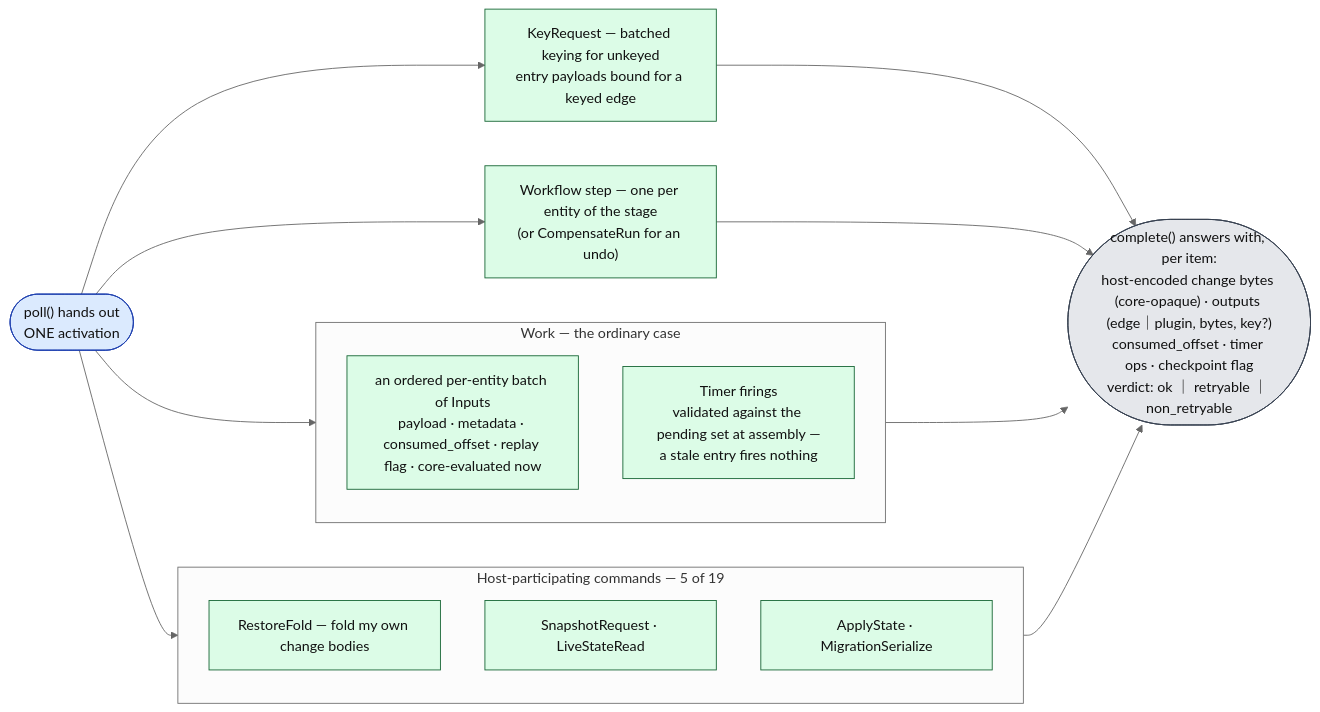
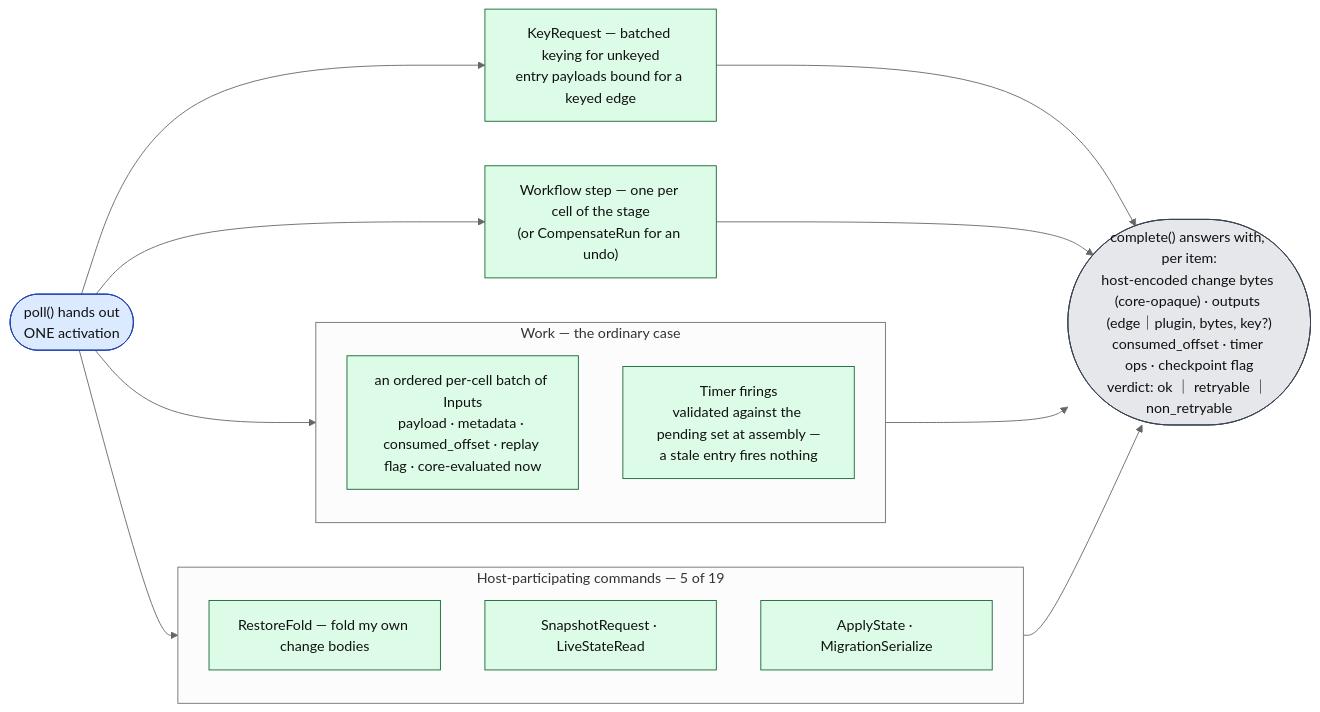
One commit to Flezha/flezha changed the third of 8 diagrams in docs/architecture/runner.md. Above: the diagram before and after it, drawn with Mermaid (neutral theme). The commit also changed other lines of this file and 604 other files, not shown here.

First line of the commit message:
Rename Procedure to Tasklet and Entity to Cell

````diff
--- a/docs/architecture/runner.md
+++ b/docs/architecture/runner.md
@@ -91,36 +91,36 @@
 ```mermaid
 flowchart LR
     POLL(["poll() hands out<br/>ONE activation"]):::ctrl
 
     subgraph WORK["Work — the ordinary case"]
         direction TB
-        W1["an ordered per-entity batch of Inputs<br/>payload · metadata · consumed_offset · replay flag · core-evaluated now"]:::exec
+        W1["an ordered per-cell batch of Inputs<br/>payload · metadata · consumed_offset · replay flag · core-evaluated now"]:::exec
         W2["Timer firings<br/>validated against the pending set at assembly —<br/>a stale entry fires nothing"]:::exec
     end
 
     subgraph CMD["Host-participating commands — 5 of 19"]
         direction TB
         M1["RestoreFold — fold my own change bodies"]:::exec
         M2["SnapshotRequest · LiveStateRead"]:::exec
         M3["ApplyState · MigrationSerialize"]:::exec
     end
 
     KR["KeyRequest — batched keying for unkeyed<br/>entry payloads bound for a keyed edge"]:::exec
-    BS["Workflow step — one per entity of the stage<br/>(or CompensateRun for an undo)"]:::exec
+    BS["Workflow step — one per cell of the stage<br/>(or CompensateRun for an undo)"]:::exec
 
     POLL --> WORK
     POLL --> CMD
     POLL --> KR
     POLL --> BS
 
     RES(["complete() answers with, per item:<br/>host-encoded change bytes (core-opaque) · outputs (edge｜plugin, bytes, key?)<br/>consumed_offset · timer ops · checkpoint flag<br/>verdict: ok ｜ retryable ｜ non_retryable"]):::store
 
     WORK --> RES
     CMD --> RES
     KR --> RES
     BS --> RES
 
     classDef ctrl fill:#dbeafe,stroke:#1e40af,color:#111
     classDef exec fill:#dcfce7,stroke:#166534,color:#111
     classDef store fill:#e5e7eb,stroke:#374151,color:#111
 ```
````
